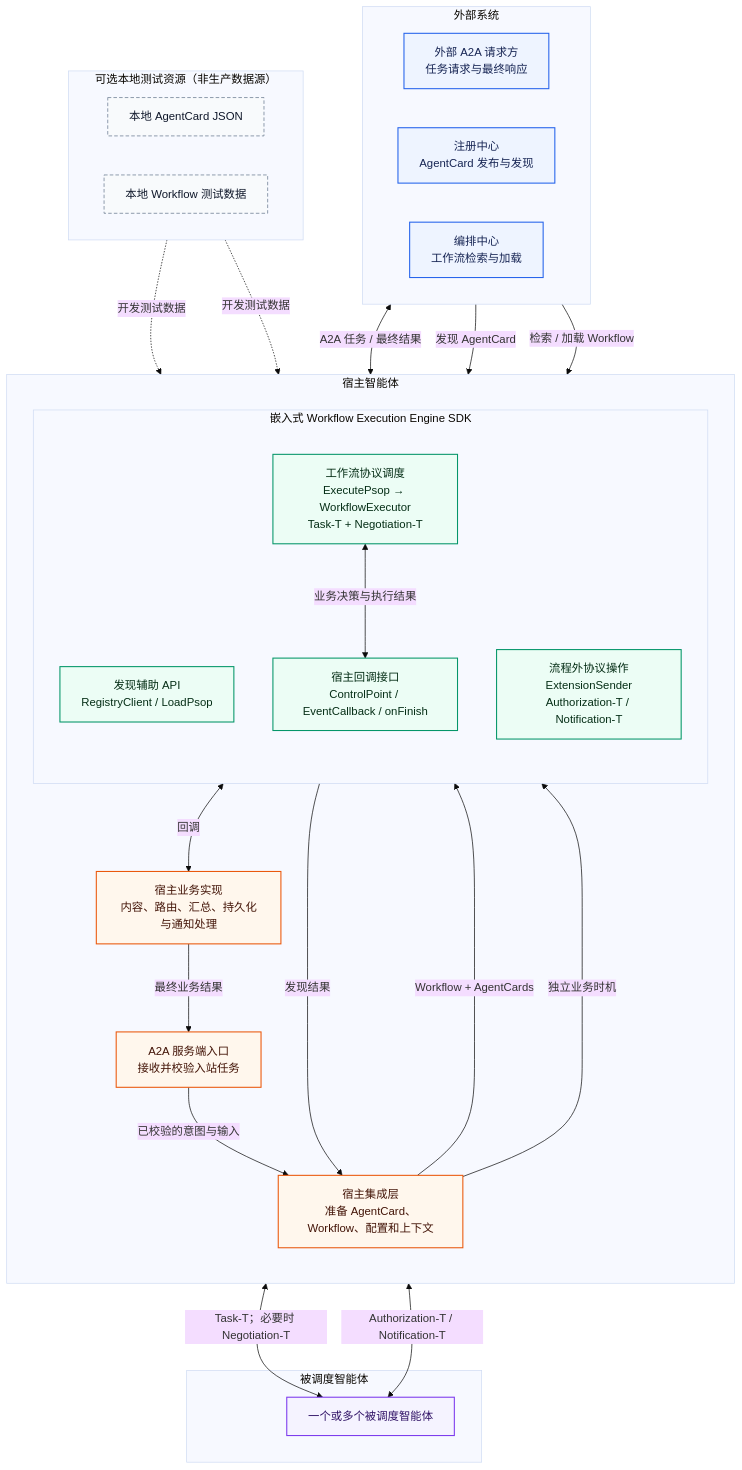
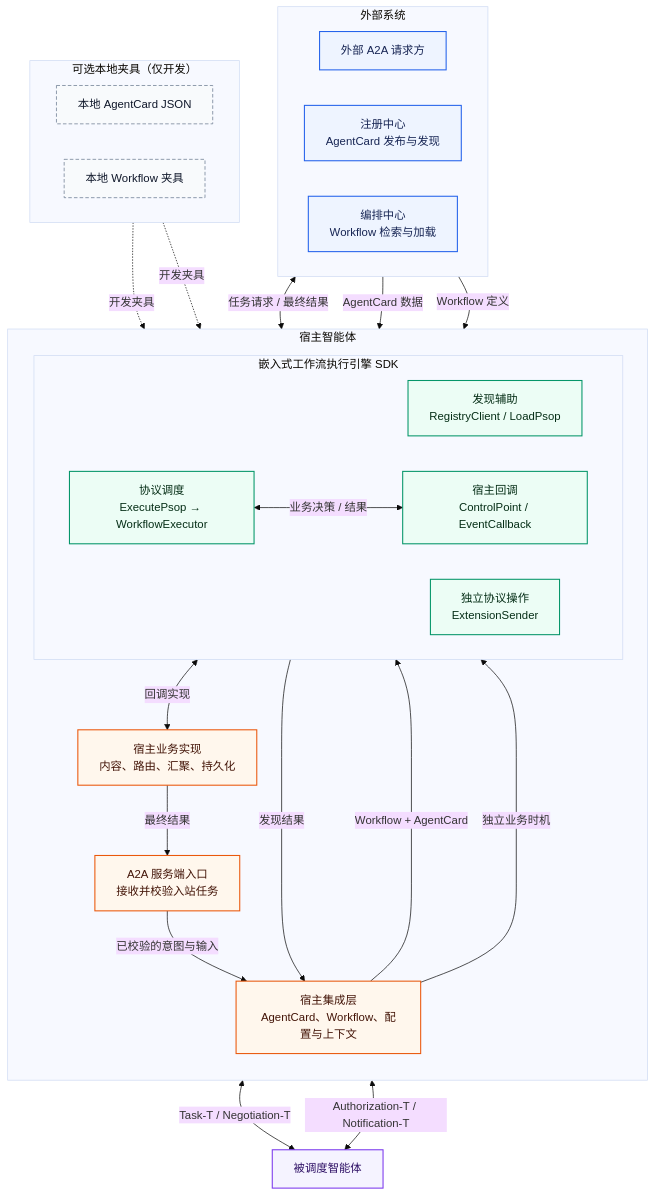
The first of 4 diagrams in docs/zh/DESIGN.md (Zhoujie628/workflow-engine-sdk-java), drawn with Mermaid (base theme) before and after one commit. The commit also changed 1 other file, not shown here.

Commit message:
docs: restructure the host-integration diagram in DESIGN section 2
Same readability restructure as the main baseline: noun-labeled data-flow
discovery edges, a left-to-right engine row instead of the deep nest,
whitespace-free edge labels, and a single dispatched-agents node.

````diff
--- a/docs/zh/DESIGN.md
+++ b/docs/zh/DESIGN.md
@@ -23,65 +23,54 @@
 ```mermaid
-%%{
-  init: {
-    "flowchart": {
-      "curve": "basis",
-      "nodeSpacing": 55,
-      "rankSpacing": 75
-    }
-  }
-}%%
 flowchart TB
     classDef external fill: #EEF4FF, stroke: #2563EB, color: #172554, stroke-width: 1.5px
     classDef host fill: #FFF7ED, stroke: #EA580C, color: #431407, stroke-width: 1.5px
     classDef sdk fill: #ECFDF5, stroke: #059669, color: #052E16, stroke-width: 1.5px
     classDef local fill: #F8FAFC, stroke: #64748B, color: #0F172A, stroke-dasharray: 5 3
     classDef agent fill: #F5F3FF, stroke: #7C3AED, color: #2E1065, stroke-width: 1.5px
 
     subgraph CONTROL["外部系统"]
         direction LR
-        CALLER["外部 A2A 请求方<br/>任务请求与最终响应"]:::external
+        CALLER["外部 A2A 请求方"]:::external
         REG["注册中心<br/>AgentCard 发布与发现"]:::external
-        ORCH["编排中心<br/>工作流检索与加载"]:::external
+        ORCH["编排中心<br/>Workflow 检索与加载"]:::external
     end
 
     subgraph HOST["宿主智能体"]
         direction TB
         ENTRY["A2A 服务端入口<br/>接收并校验入站任务"]:::host
-        ADAPTER["宿主集成层<br/>准备 AgentCard、Workflow、配置和上下文"]:::host
+        ADAPTER["宿主集成层<br/>AgentCard、Workflow、配置与上下文"]:::host
 
-        subgraph ENGINE["嵌入式 Workflow Execution Engine SDK"]
-            direction TB
-            LOAD["发现辅助 API<br/>RegistryClient / LoadPsop"]:::sdk
-            RUN["工作流协议调度<br/>ExecutePsop → WorkflowExecutor<br/>Task-T + Negotiation-T"]:::sdk
-            CALLBACK["宿主回调接口<br/>ControlPoint / EventCallback / onFinish"]:::sdk
-            EXT["流程外协议操作<br/>ExtensionSender<br/>Authorization-T / Notification-T"]:::sdk
+        subgraph ENGINE["嵌入式工作流执行引擎 SDK"]
+            direction LR
+            LOAD["发现辅助<br/>RegistryClient / LoadPsop"]:::sdk
+            RUN["协议调度<br/>ExecutePsop → WorkflowExecutor"]:::sdk
+            CALLBACK["宿主回调<br/>ControlPoint / EventCallback"]:::sdk
+            EXT["独立协议操作<br/>ExtensionSender"]:::sdk
         end
 
-        BIZ["宿主业务实现<br/>内容、路由、汇总、持久化与通知处理"]:::host
+        BIZ["宿主业务实现<br/>内容、路由、汇聚、持久化"]:::host
     end
 
-    subgraph SAMPLE["可选本地测试资源（非生产数据源）"]
+    subgraph SAMPLE["可选本地夹具（仅开发）"]
         direction LR
         LOCALCARD["本地 AgentCard JSON"]:::local
-        LOCALPSOP["本地 Workflow 测试数据"]:::local
+        LOCALPSOP["本地 Workflow 夹具"]:::local
     end
 
-    subgraph DOWNSTREAM["被调度智能体"]
-        AGENTS["一个或多个被调度智能体"]:::agent
-    end
+    AGENTS["被调度智能体"]:::agent
 
-    CALLER <-->|"A2A 任务 / 最终结果"| ENTRY
+    CALLER <-->|"任务请求 / 最终结果"| ENTRY
     ENTRY -->|"已校验的意图与输入"| ADAPTER
-    REG -->|"发现 AgentCard"| LOAD
-    ORCH -->|"检索 / 加载 Workflow"| LOAD
-    LOCALCARD -.->|"开发测试数据"| ADAPTER
-    LOCALPSOP -.->|"开发测试数据"| ADAPTER
+    REG -->|"AgentCard 数据"| LOAD
+    ORCH -->|"Workflow 定义"| LOAD
+    LOCALCARD -.->|"开发夹具"| ADAPTER
+    LOCALPSOP -.->|"开发夹具"| ADAPTER
     LOAD -->|"发现结果"| ADAPTER
-    ADAPTER -->|" Workflow + AgentCards "| RUN
-    RUN <-->|" 业务决策与执行结果 "| CALLBACK
-    CALLBACK <-->|" 回调 "| BIZ
-    ADAPTER -->|" 独立业务时机 "| EXT
-    RUN <-->|"Task-T；必要时 Negotiation-T"| AGENTS
+    ADAPTER -->|"Workflow + AgentCard"| RUN
+    RUN <-->|"业务决策 / 结果"| CALLBACK
+    CALLBACK <-->|"回调实现"| BIZ
+    ADAPTER -->|"独立业务时机"| EXT
+    RUN <-->|"Task-T / Negotiation-T"| AGENTS
     EXT <-->|"Authorization-T / Notification-T"| AGENTS
-    BIZ -->|"最终业务结果"| ENTRY
+    BIZ -->|"最终结果"| ENTRY
 ```
````
